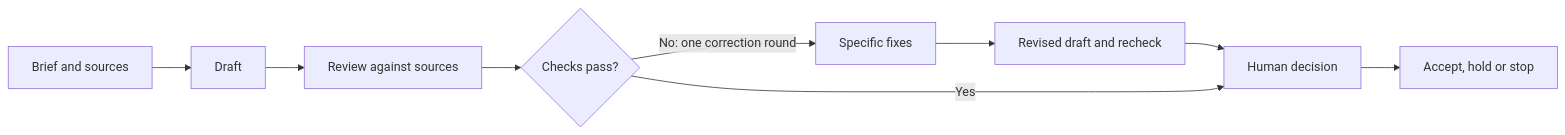
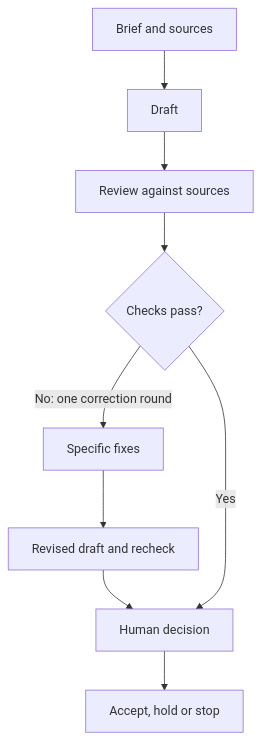
Before and after one commit to Jiplet/claude-astra-router: the diagram in README.md, drawn with Mermaid.

Commit message:
Make the handover diagram readable in the GitHub preview

````diff
--- a/README.md
+++ b/README.md
@@ -17,11 +17,11 @@
 ```mermaid
-flowchart LR
+flowchart TD
     A[Brief and sources] --> B[Draft]
     B --> C[Review against sources]
     C --> D{Checks pass?}
     D -->|No: one correction round| E[Specific fixes]
     E --> F[Revised draft and recheck]
     F --> G[Human decision]
     D -->|Yes| G
     G --> H[Accept, hold or stop]
 ```
````
